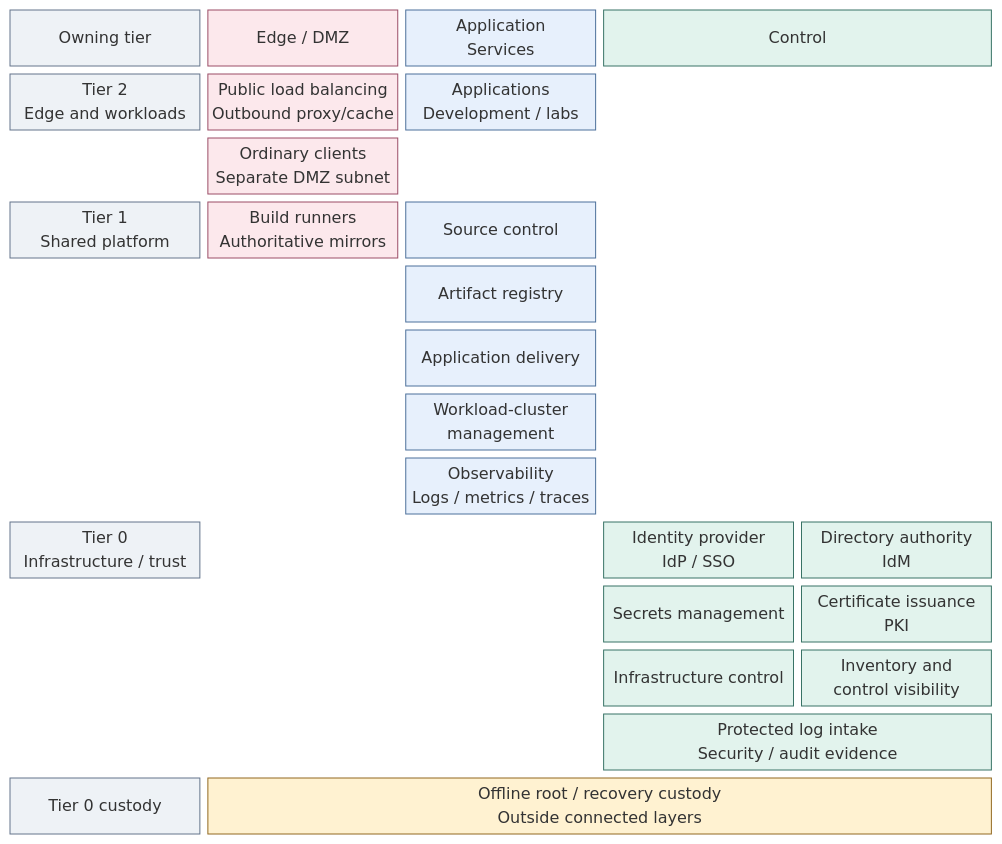
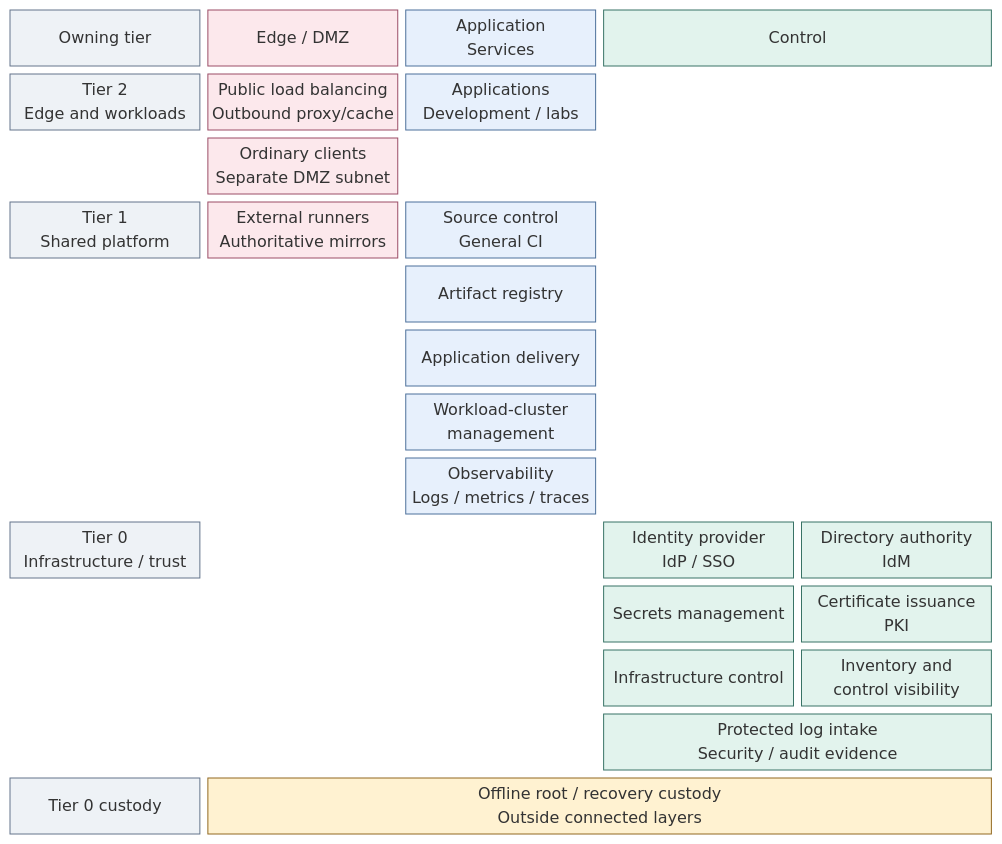
The first of 3 diagrams in docs/architecture/README.md (Rexus/homelab), drawn with Mermaid (forest theme) before and after one commit. The commit also changed other lines of this file and 186 other files, not shown here.

````diff
--- a/docs/architecture/README.md
+++ b/docs/architecture/README.md
@@ -96,36 +96,36 @@
 ```mermaid
 block-beta
   columns 5
   Ownership["Owning tier"] Edge["Edge / DMZ"] Application["Application<br/>Services"] Control["Control"]:2
   T2["Tier 2<br/>Edge and workloads"]
   PublicEdge["Public load balancing<br/>Outbound proxy/cache"]
   Workloads["Applications<br/>Development / labs"]
   space:2
   space Clients["Ordinary clients<br/>Separate DMZ subnet"] space:3
   T1["Tier 1<br/>Shared platform"]
-  Publication["Build runners<br/>Authoritative mirrors"]
-  Source["Source control"] space:2
+  Publication["External runners<br/>Authoritative mirrors"]
+  Source["Source control<br/>General CI"] space:2
   space:2 Artifacts["Artifact registry"] space:2
   space:2 Delivery["Application delivery"] space:2
   space:2 WorkloadManagement["Workload-cluster<br/>management"] space:2
   space:2 Analytics["Observability<br/>Logs / metrics / traces"] space:2
   T0["Tier 0<br/>Infrastructure / trust"]
   space:2
   IdP["Identity provider<br/>IdP / SSO"] IdM["Directory authority<br/>IdM"]
   space:3 Secrets["Secrets management"] PKI["Certificate issuance<br/>PKI"]
   space:3 Infrastructure["Infrastructure control"] Operations["Inventory and<br/>control visibility"]
   space:3 Evidence["Protected log intake<br/>Security / audit evidence"]:2
   Custodians["Tier 0 custody"]
   Offline["Offline root / recovery custody<br/>Outside connected layers"]:4
   classDef default fill:#f8fafc,stroke:#64748b,color:#1f2937
   classDef boundary fill:#eef2f6,stroke:#64748b,color:#1f2937
   classDef edge fill:#fce8ec,stroke:#9b4d67,color:#502638
   classDef services fill:#e7f0fc,stroke:#4d719b,color:#203a5b
   classDef control fill:#e2f3ed,stroke:#397366,color:#173f36
   classDef custody fill:#fff2d1,stroke:#926820,color:#584013
   class Ownership,T2,T1,T0,Custodians boundary
   class Edge,PublicEdge,Clients,Publication edge
   class Application,Workloads,Source,Artifacts,Delivery,WorkloadManagement,Analytics services
   class Control,IdM,IdP,PKI,Secrets,Infrastructure,Operations,Evidence control
   class Offline custody
 ```
````
